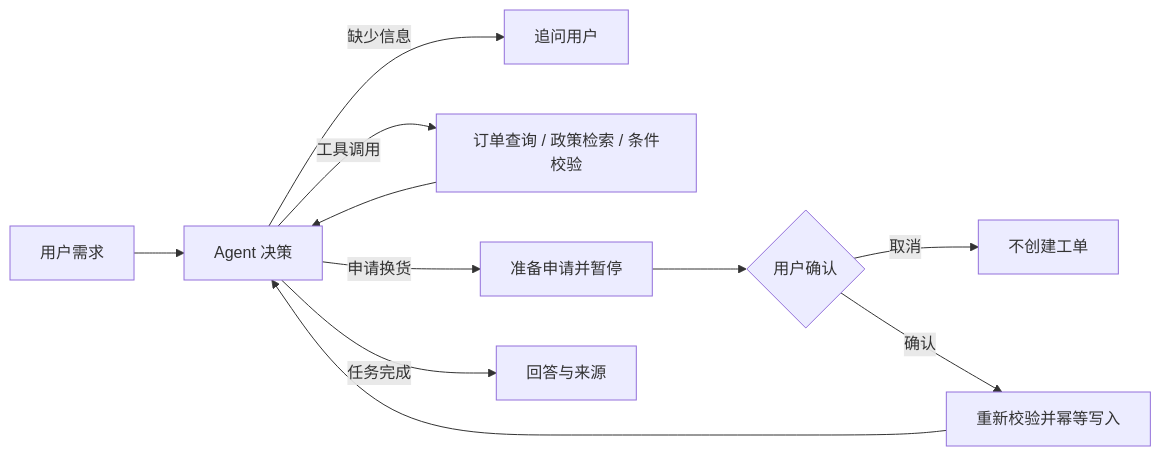
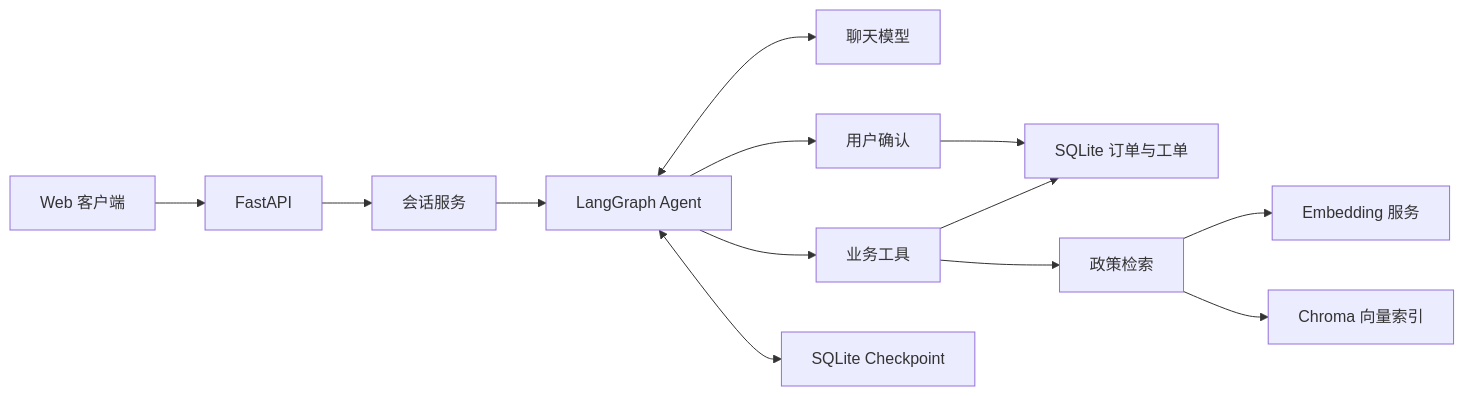
The diagram in README.md (wangxinwu555/develop), drawn with Mermaid before and after one commit. The commit also changed other lines of this file and 21 other files, not shown here.

````diff
--- a/README.md
+++ b/README.md
@@ -85,13 +19,15 @@
 ```mermaid
 flowchart LR
-  U[用户需求] --> A[Agent 决策]
-  A -->|缺少信息| Q[追问用户]
-  A -->|工具调用| T[订单查询 / 政策检索 / 条件校验]
-  T --> A
-  A -->|申请换货| P[准备申请并暂停]
-  P --> C{用户确认}
-  C -->|取消| N[不创建工单]
-  C -->|确认| V[重新校验并幂等写入]
-  V --> A
-  A -->|任务完成| R[回答与来源]
+    UI[Web 客户端] --> API[FastAPI]
+    API --> Service[会话服务]
+    Service --> Agent[LangGraph Agent]
+    Agent <--> LLM[聊天模型]
+    Agent --> Tools[业务工具]
+    Tools --> Orders[SQLite 订单与工单]
+    Tools --> Retrieval[政策检索]
+    Retrieval --> Embedding[Embedding 服务]
+    Retrieval --> Chroma[Chroma 向量索引]
+    Agent --> Approval[用户确认]
+    Approval --> Orders
+    Agent <--> Checkpoint[SQLite Checkpoint]
 ```
````
